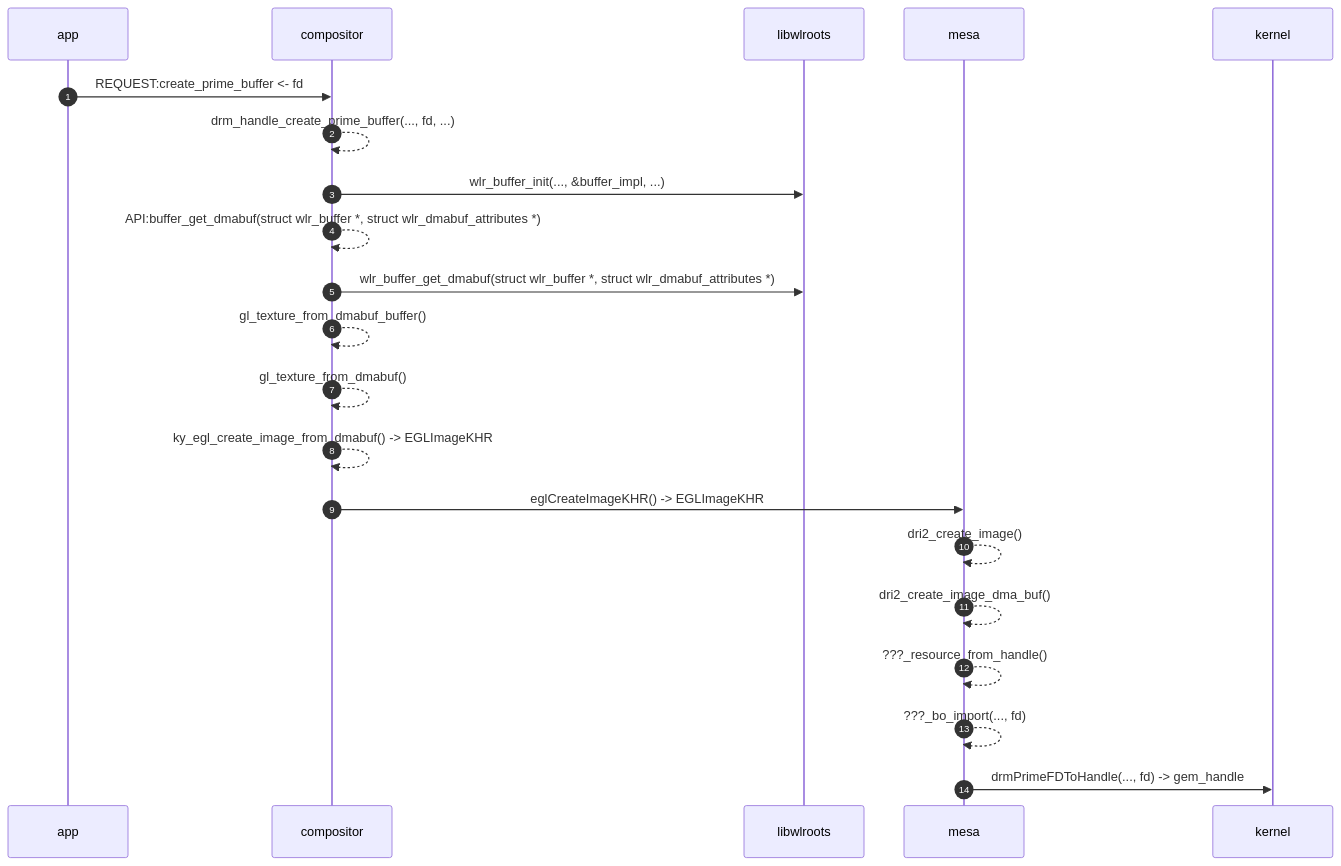
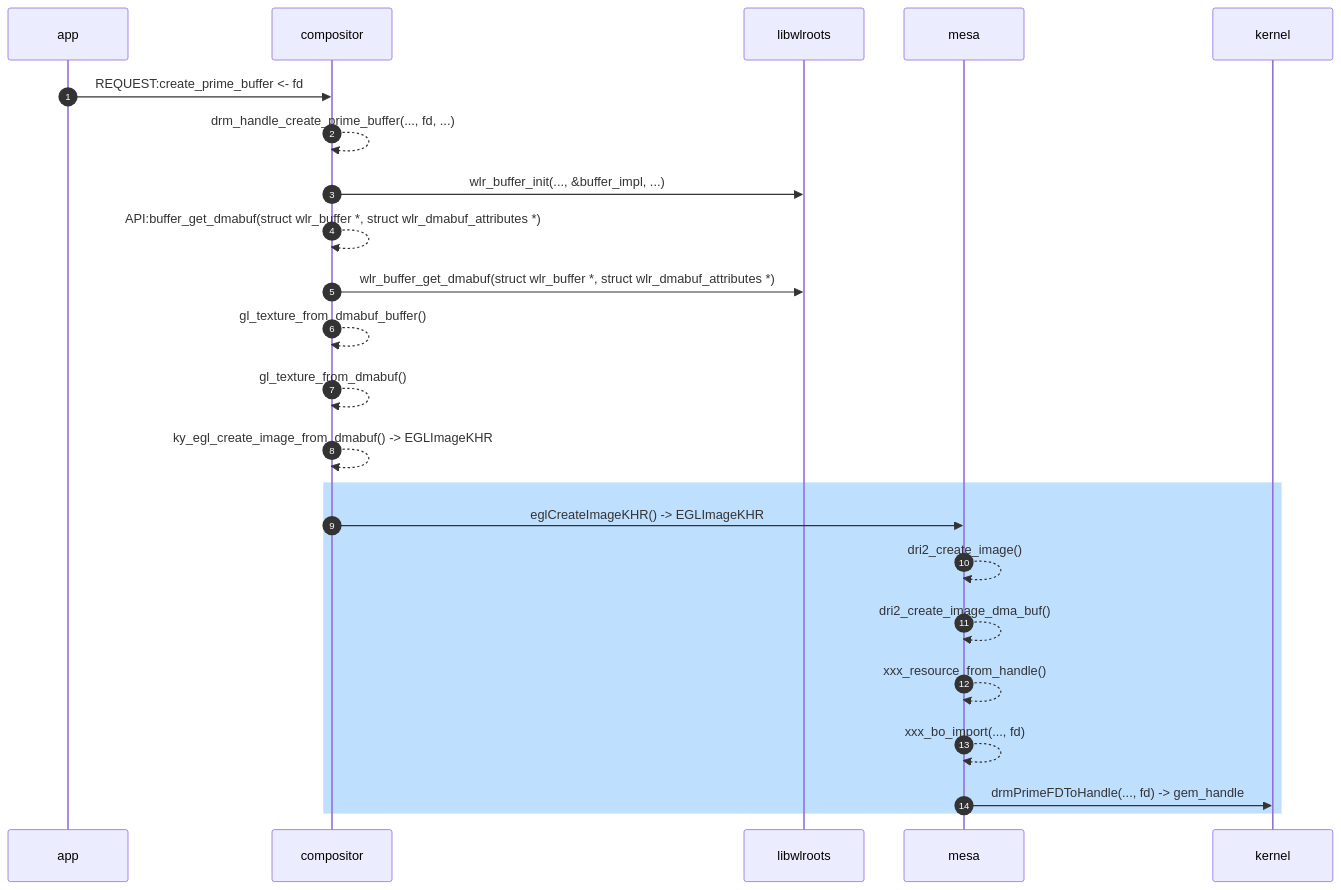
Before and after one commit to lucmann/lucmann.github.io: the diagram in source/_posts/gfx/egl-image.md, drawn with Mermaid.

Commit message:
gfx: EGLImageKHR mermaid diagram

````diff
--- a/source/_posts/gfx/egl-image.md
+++ b/source/_posts/gfx/egl-image.md
@@ -79,25 +79,27 @@
 ```mermaid
 sequenceDiagram
     autonumber
 
     participant app
     participant compositor
     participant libwlroots
     participant mesa
     participant kernel
 
     app ->> compositor : REQUEST:create_prime_buffer <- fd
     compositor -->> compositor : drm_handle_create_prime_buffer(..., fd, ...)
     compositor ->> libwlroots  : wlr_buffer_init(..., &buffer_impl, ...)
     compositor -->> compositor : API:buffer_get_dmabuf(struct wlr_buffer *, struct wlr_dmabuf_attributes *)
     compositor ->> libwlroots  : wlr_buffer_get_dmabuf(struct wlr_buffer *, struct wlr_dmabuf_attributes *)
     compositor -->> compositor : gl_texture_from_dmabuf_buffer()
     compositor -->> compositor : gl_texture_from_dmabuf()
     compositor -->> compositor : ky_egl_create_image_from_dmabuf() -> EGLImageKHR
-    compositor ->> mesa        : eglCreateImageKHR() -> EGLImageKHR
-    mesa -->> mesa : dri2_create_image()
-    mesa -->> mesa : dri2_create_image_dma_buf()
-    mesa -->> mesa : ???_resource_from_handle()
-    mesa -->> mesa : ???_bo_import(..., fd) 
-    mesa ->> kernel: drmPrimeFDToHandle(..., fd) -> gem_handle
+    rect rgb(191, 223, 255)
+        compositor ->> mesa        : eglCreateImageKHR() -> EGLImageKHR
+        mesa -->> mesa : dri2_create_image()
+        mesa -->> mesa : dri2_create_image_dma_buf()
+        mesa -->> mesa : xxx_resource_from_handle()
+        mesa -->> mesa : xxx_bo_import(..., fd)
+        mesa ->> kernel: drmPrimeFDToHandle(..., fd) -> gem_handle
+    end
 ```
````
